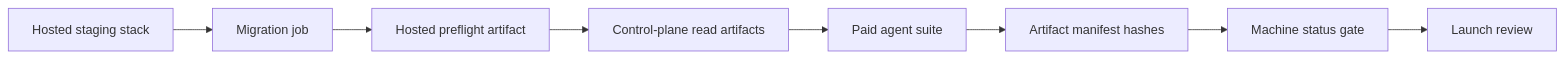
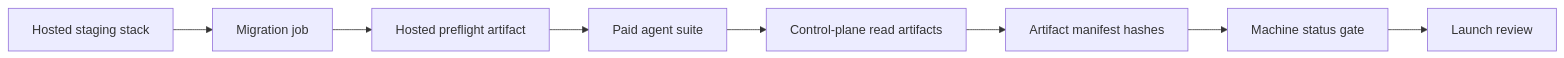
One commit to split402protocol/splitx402 changed the seventh of 7 diagrams in README.md. Above: the diagram before and after it, drawn with Mermaid. The commit also changed 20 other files, not shown here.

````diff
--- a/README.md
+++ b/README.md
@@ -510,19 +510,19 @@
 ```mermaid
 flowchart LR
   Stack["Hosted staging stack"]
   Migrate["Migration job"]
   Preflight["Hosted preflight artifact"]
   Reads["Control-plane read artifacts"]
   Paid["Paid agent suite"]
   Manifest["Artifact manifest hashes"]
   Status["Machine status gate"]
   Review["Launch review"]
 
   Stack --> Migrate
   Migrate --> Preflight
-  Preflight --> Reads
-  Reads --> Paid
-  Paid --> Manifest
+  Preflight --> Paid
+  Paid --> Reads
+  Reads --> Manifest
   Manifest --> Status
   Status --> Review
 ```
````
